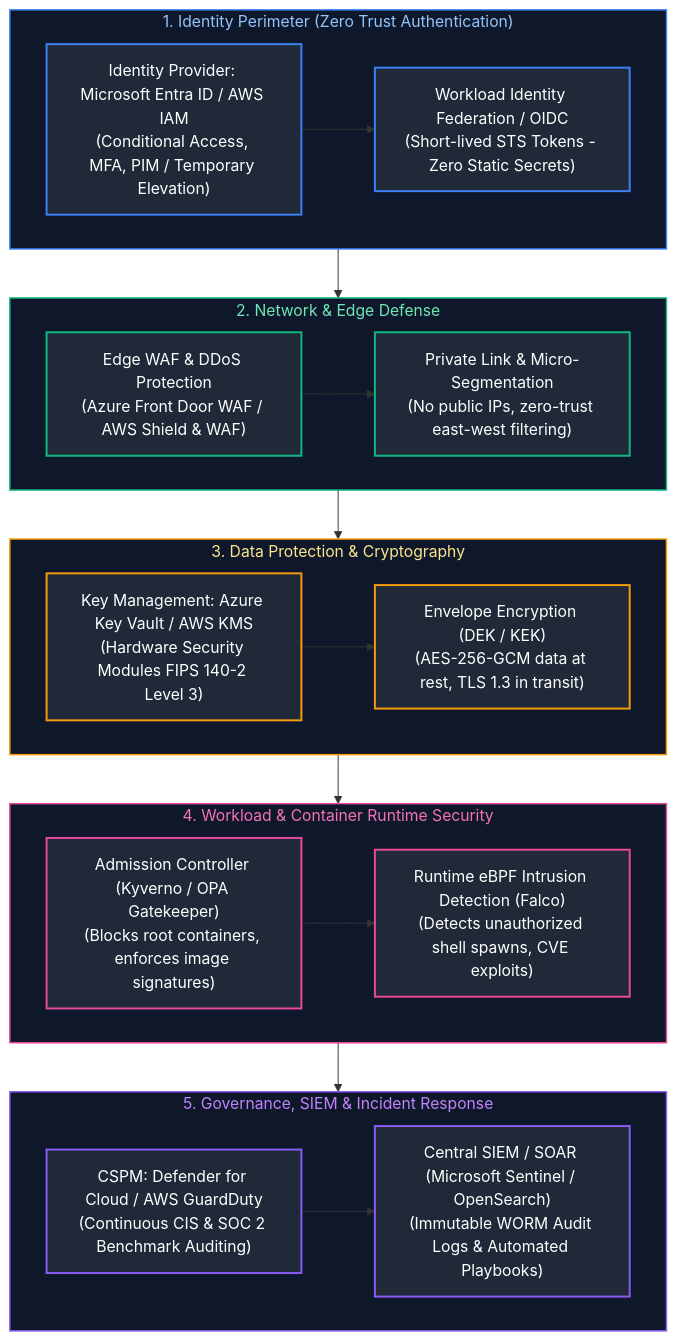
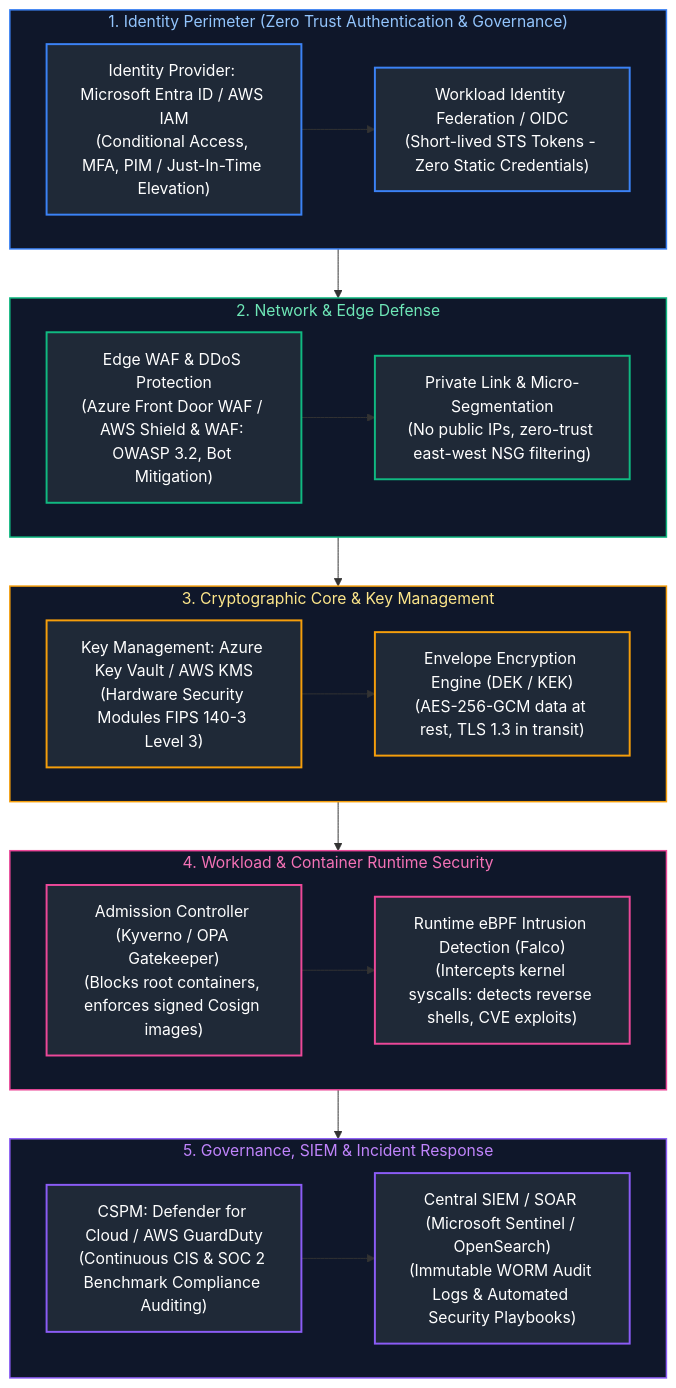
One commit to joydeep-biswas/Interview-Preparation changed the first of 8 diagrams in Cloud Engineering/09_cloud_security_iam_and_devsecops.md. Above: the diagram before and after it, drawn with Mermaid. The commit also changed other lines of this file and 143 other files, not shown here.

````diff
--- a/Cloud Engineering/09_cloud_security_iam_and_devsecops.md
+++ b/Cloud Engineering/09_cloud_security_iam_and_devsecops.md
@@ -9,54 +11,54 @@
 ```mermaid
 flowchart TD
-    subgraph IdentityPerimeter ["1. Identity Perimeter (Zero Trust Authentication)"]
-        Entra["Identity Provider: Microsoft Entra ID / AWS IAM<br/>(Conditional Access, MFA, PIM / Temporary Elevation)"]
-        WorkloadID["Workload Identity Federation / OIDC<br/>(Short-lived STS Tokens - Zero Static Secrets)"]
+    subgraph IdentityPerimeter ["1. Identity Perimeter (Zero Trust Authentication & Governance)"]
+        Entra["Identity Provider: Microsoft Entra ID / AWS IAM<br/>(Conditional Access, MFA, PIM / Just-In-Time Elevation)"]
+        WorkloadID["Workload Identity Federation / OIDC<br/>(Short-lived STS Tokens - Zero Static Credentials)"]
         Entra --> WorkloadID
     end
 
     subgraph NetworkPerimeter ["2. Network & Edge Defense"]
-        EdgeWAF["Edge WAF & DDoS Protection<br/>(Azure Front Door WAF / AWS Shield & WAF)"]
-        PrivateLink["Private Link & Micro-Segmentation<br/>(No public IPs, zero-trust east-west filtering)"]
+        EdgeWAF["Edge WAF & DDoS Protection<br/>(Azure Front Door WAF / AWS Shield & WAF: OWASP 3.2, Bot Mitigation)"]
+        PrivateLink["Private Link & Micro-Segmentation<br/>(No public IPs, zero-trust east-west NSG filtering)"]
         EdgeWAF --> PrivateLink
     end
 
-    subgraph CryptographicCore ["3. Data Protection & Cryptography"]
-        KeyVault["Key Management: Azure Key Vault / AWS KMS<br/>(Hardware Security Modules FIPS 140-2 Level 3)"]
-        EnvelopeEnc["Envelope Encryption (DEK / KEK)<br/>(AES-256-GCM data at rest, TLS 1.3 in transit)"]
+    subgraph CryptographicCore ["3. Cryptographic Core & Key Management"]
+        KeyVault["Key Management: Azure Key Vault / AWS KMS<br/>(Hardware Security Modules FIPS 140-3 Level 3)"]
+        EnvelopeEnc["Envelope Encryption Engine (DEK / KEK)<br/>(AES-256-GCM data at rest, TLS 1.3 in transit)"]
         KeyVault --> EnvelopeEnc
     end
 
     subgraph RuntimeSecurity ["4. Workload & Container Runtime Security"]
-        K8sAdmission["Admission Controller (Kyverno / OPA Gatekeeper)<br/>(Blocks root containers, enforces image signatures)"]
-        FalcoDaemon["Runtime eBPF Intrusion Detection (Falco)<br/>(Detects unauthorized shell spawns, CVE exploits)"]
+        K8sAdmission["Admission Controller (Kyverno / OPA Gatekeeper)<br/>(Blocks root containers, enforces signed Cosign images)"]
+        FalcoDaemon["Runtime eBPF Intrusion Detection (Falco)<br/>(Intercepts kernel syscalls: detects reverse shells, CVE exploits)"]
         K8sAdmission --> FalcoDaemon
     end
 
     subgraph GovernancePlane ["5. Governance, SIEM & Incident Response"]
-        CSPM["CSPM: Defender for Cloud / AWS GuardDuty<br/>(Continuous CIS & SOC 2 Benchmark Auditing)"]
-        SIEM["Central SIEM / SOAR (Microsoft Sentinel / OpenSearch)<br/>(Immutable WORM Audit Logs & Automated Playbooks)"]
+        CSPM["CSPM: Defender for Cloud / AWS GuardDuty<br/>(Continuous CIS & SOC 2 Benchmark Compliance Auditing)"]
+        SIEM["Central SIEM / SOAR (Microsoft Sentinel / OpenSearch)<br/>(Immutable WORM Audit Logs & Automated Security Playbooks)"]
         CSPM --> SIEM
     end
 
     IdentityPerimeter --> NetworkPerimeter
     NetworkPerimeter --> CryptographicCore
     CryptographicCore --> RuntimeSecurity
     RuntimeSecurity --> GovernancePlane
 
     style IdentityPerimeter fill:#0f172a,stroke:#3b82f6,stroke-width:1.5px,color:#93c5fd
     style NetworkPerimeter fill:#0f172a,stroke:#10b981,stroke-width:1.5px,color:#6ee7b7
     style CryptographicCore fill:#0f172a,stroke:#f59e0b,stroke-width:1.5px,color:#fde68a
     style RuntimeSecurity fill:#0f172a,stroke:#ec4899,stroke-width:1.5px,color:#f472b6
     style GovernancePlane fill:#0f172a,stroke:#8b5cf6,stroke-width:1.5px,color:#c084fc
 
     style Entra fill:#1f2937,stroke:#3b82f6,stroke-width:2px,color:#fff
     style WorkloadID fill:#1f2937,stroke:#3b82f6,stroke-width:2px,color:#fff
     style EdgeWAF fill:#1f2937,stroke:#10b981,stroke-width:2px,color:#fff
     style PrivateLink fill:#1f2937,stroke:#10b981,stroke-width:2px,color:#fff
     style KeyVault fill:#1f2937,stroke:#f59e0b,stroke-width:2px,color:#fff
     style EnvelopeEnc fill:#1f2937,stroke:#f59e0b,stroke-width:2px,color:#fff
     style K8sAdmission fill:#1f2937,stroke:#ec4899,stroke-width:2px,color:#fff
     style FalcoDaemon fill:#1f2937,stroke:#ec4899,stroke-width:2px,color:#fff
     style CSPM fill:#1f2937,stroke:#8b5cf6,stroke-width:2px,color:#fff
     style SIEM fill:#1f2937,stroke:#8b5cf6,stroke-width:2px,color:#fff
 ```
````
